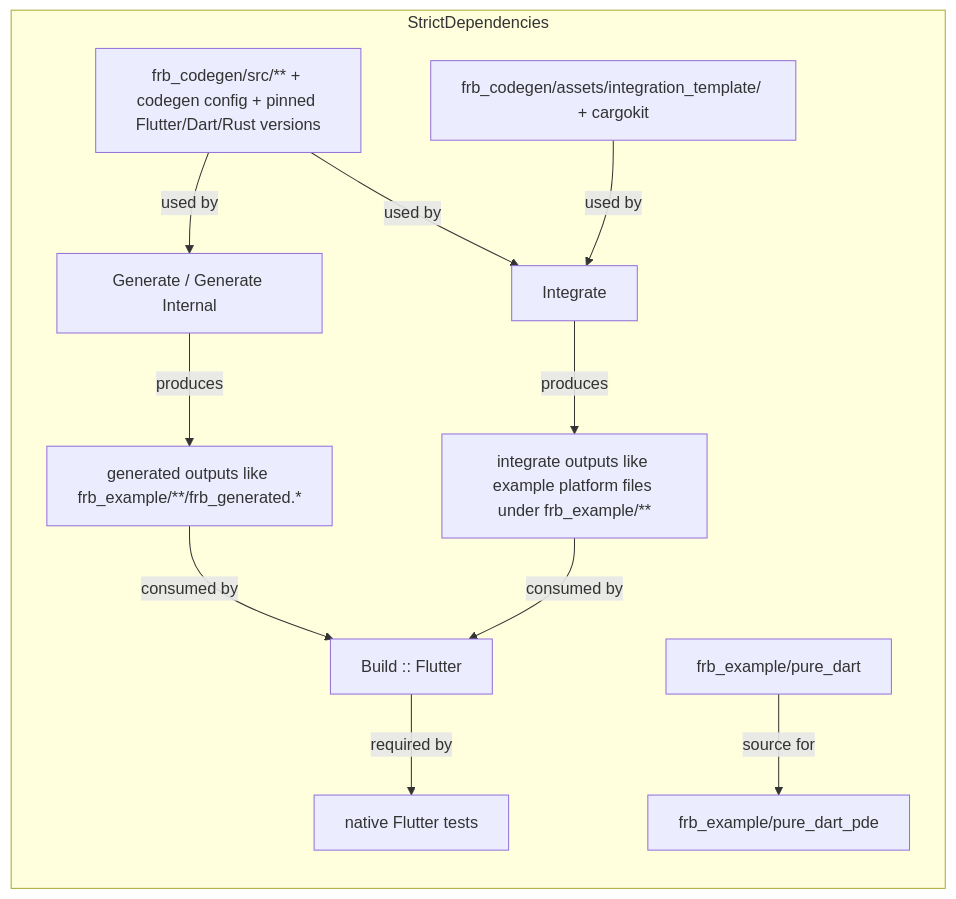
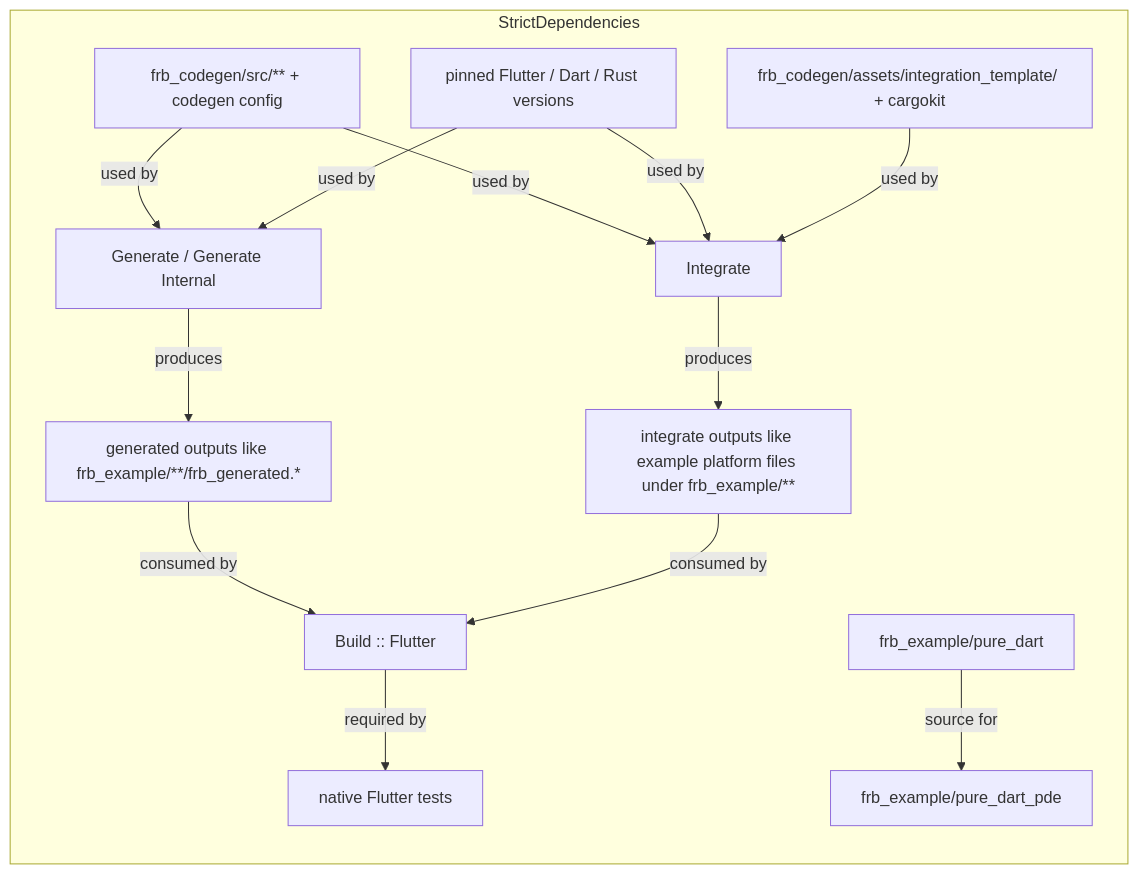
Before and after one commit to fzyzcjy/flutter_rust_bridge: the diagram in .claude/skills/frb-fix-ci/SKILL.md, drawn with Mermaid.

Commit message:
Split pinned versions into FRB dependency graph node

````diff
--- a/.claude/skills/frb-fix-ci/SKILL.md
+++ b/.claude/skills/frb-fix-ci/SKILL.md
@@ -43,25 +43,28 @@
 ```mermaid
 flowchart LR
     subgraph StrictDependencies
-        Tooling["frb_codegen/src/** + codegen config + pinned Flutter/Dart/Rust versions"]
+        Tooling["frb_codegen/src/** + codegen config"]
+        Versions["pinned Flutter / Dart / Rust versions"]
         Codegen["Generate / Generate Internal"]
         Outputs["generated outputs like frb_example/**/frb_generated.*"]
         Template["frb_codegen/assets/integration_template/ + cargokit"]
         Integrate["Integrate"]
         ExampleOutputs["integrate outputs like example platform files under frb_example/**"]
         Build["Build :: Flutter"]
         NativeTests["native Flutter tests"]
         PureDart["frb_example/pure_dart"]
         PureDartPde["frb_example/pure_dart_pde"]
 
         Tooling -->|used by| Codegen
+        Versions -->|used by| Codegen
         Tooling -->|used by| Integrate
+        Versions -->|used by| Integrate
         Codegen -->|produces| Outputs
         Template -->|used by| Integrate
         Integrate -->|produces| ExampleOutputs
         Outputs -->|consumed by| Build
         ExampleOutputs -->|consumed by| Build
         Build -->|required by| NativeTests
         PureDart -->|source for| PureDartPde
     end
 ```
````
